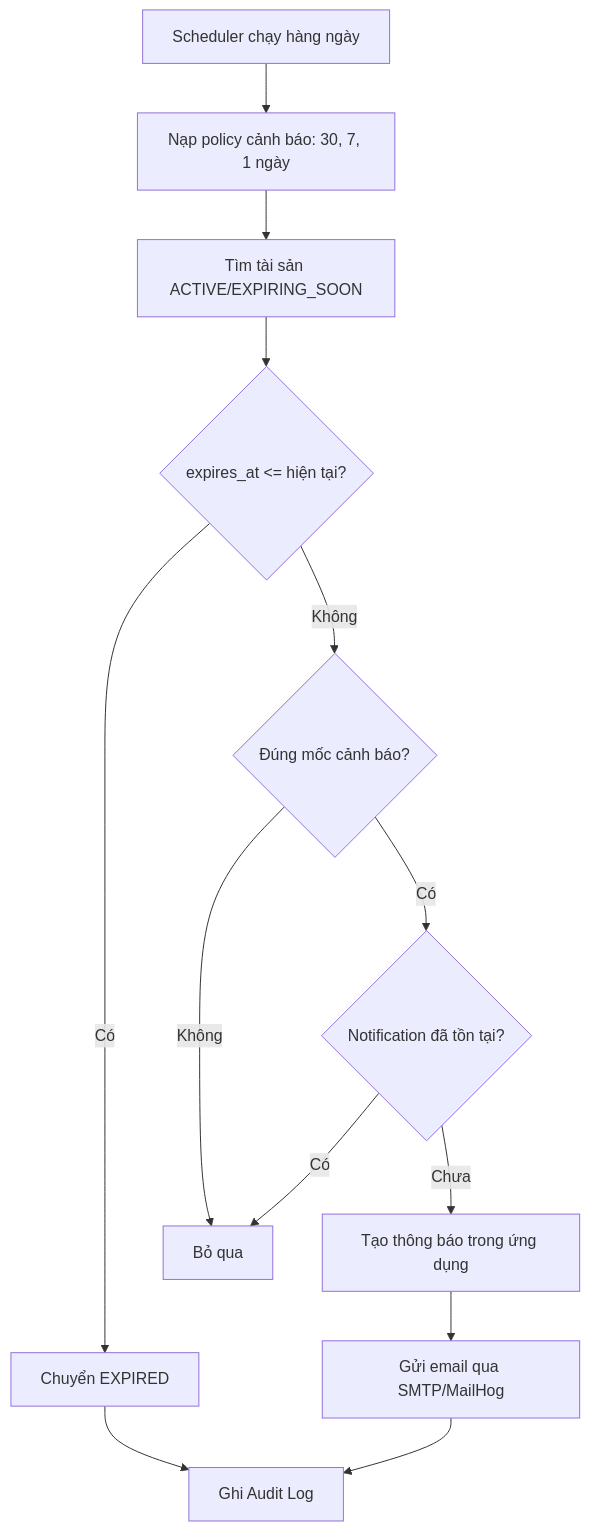
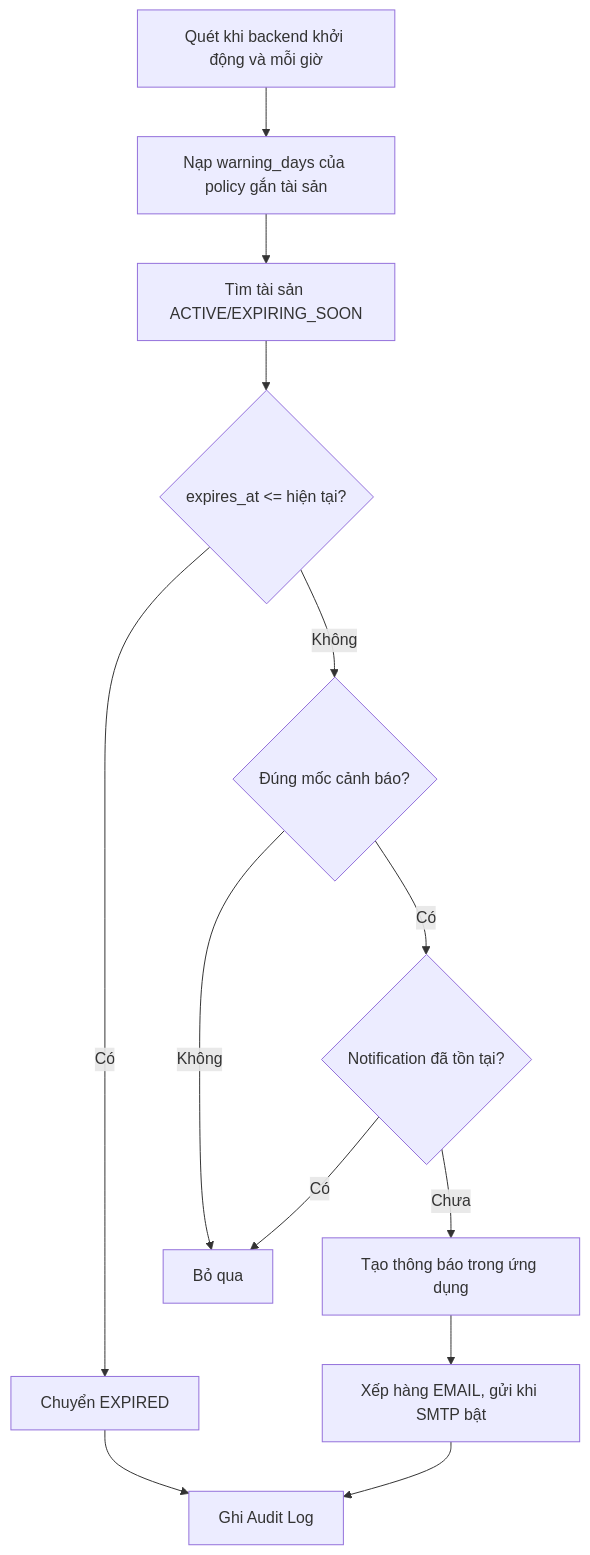
Before and after one commit to Eyblcat12/Cryta: the seventh of 9 diagrams in 01_luong_hoat_dong_he_thong.md, drawn with Mermaid. The commit also changed other lines of this file and 356 other files, not shown here.

````diff
--- a/01_luong_hoat_dong_he_thong.md
+++ b/01_luong_hoat_dong_he_thong.md
@@ -240,15 +245,15 @@
 ```mermaid
 flowchart TD
-    S["Scheduler chạy hàng ngày"] --> L["Nạp policy cảnh báo: 30, 7, 1 ngày"]
+    S["Quét khi backend khởi động và mỗi giờ"] --> L["Nạp warning_days của policy gắn tài sản"]
     L --> Q["Tìm tài sản ACTIVE/EXPIRING_SOON"]
     Q --> E{"expires_at <= hiện tại?"}
     E -->|"Có"| EX["Chuyển EXPIRED"]
     E -->|"Không"| W{"Đúng mốc cảnh báo?"}
     W -->|"Không"| SKIP["Bỏ qua"]
     W -->|"Có"| D{"Notification đã tồn tại?"}
     D -->|"Có"| SKIP
     D -->|"Chưa"| N["Tạo thông báo trong ứng dụng"]
-    N --> M["Gửi email qua SMTP/MailHog"]
+    N --> M["Xếp hàng EMAIL, gửi khi SMTP bật"]
     EX --> A["Ghi Audit Log"]
     M --> A
 ```
````
